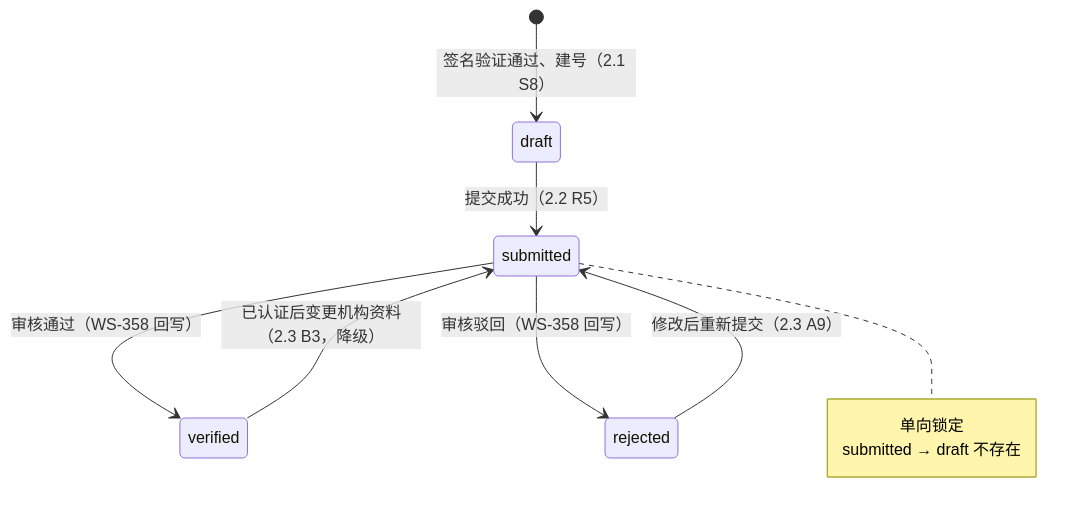
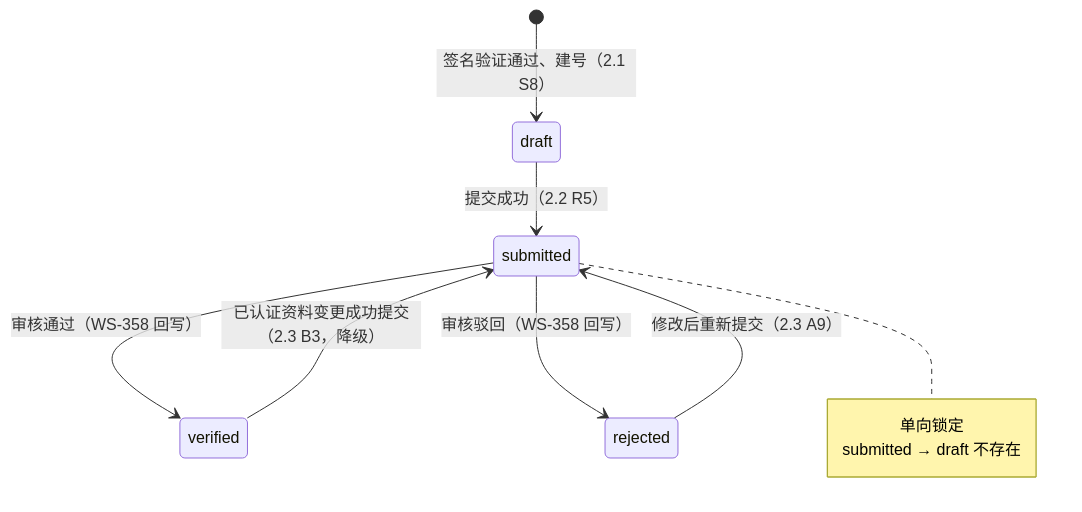
Before and after one commit to wxblockchain/Chain-Financing: the seventh of 10 diagrams in lending-platform/PRD/v2.0-登录与账户体系/07-资金方登录与账户体系-流程图与状态机.md, drawn with Mermaid. The commit also changed other lines of this file and 4 other files, not shown here.

````diff
--- a/lending-platform/PRD/v2.0-登录与账户体系/07-资金方登录与账户体系-流程图与状态机.md
+++ b/lending-platform/PRD/v2.0-登录与账户体系/07-资金方登录与账户体系-流程图与状态机.md
@@ -288,13 +286,13 @@
 ```mermaid
 stateDiagram-v2
     [*] --> draft: 签名验证通过、建号（2.1 S8）
     draft --> submitted: 提交成功（2.2 R5）
     submitted --> verified: 审核通过（WS-358 回写）
     submitted --> rejected: 审核驳回（WS-358 回写）
     rejected --> submitted: 修改后重新提交（2.3 A9）
-    verified --> submitted: 已认证后变更机构资料（2.3 B3，降级）
+    verified --> submitted: 已认证资料变更成功提交（2.3 B3，降级）
     note right of submitted
         单向锁定
         submitted → draft 不存在
     end note
 ```
````
